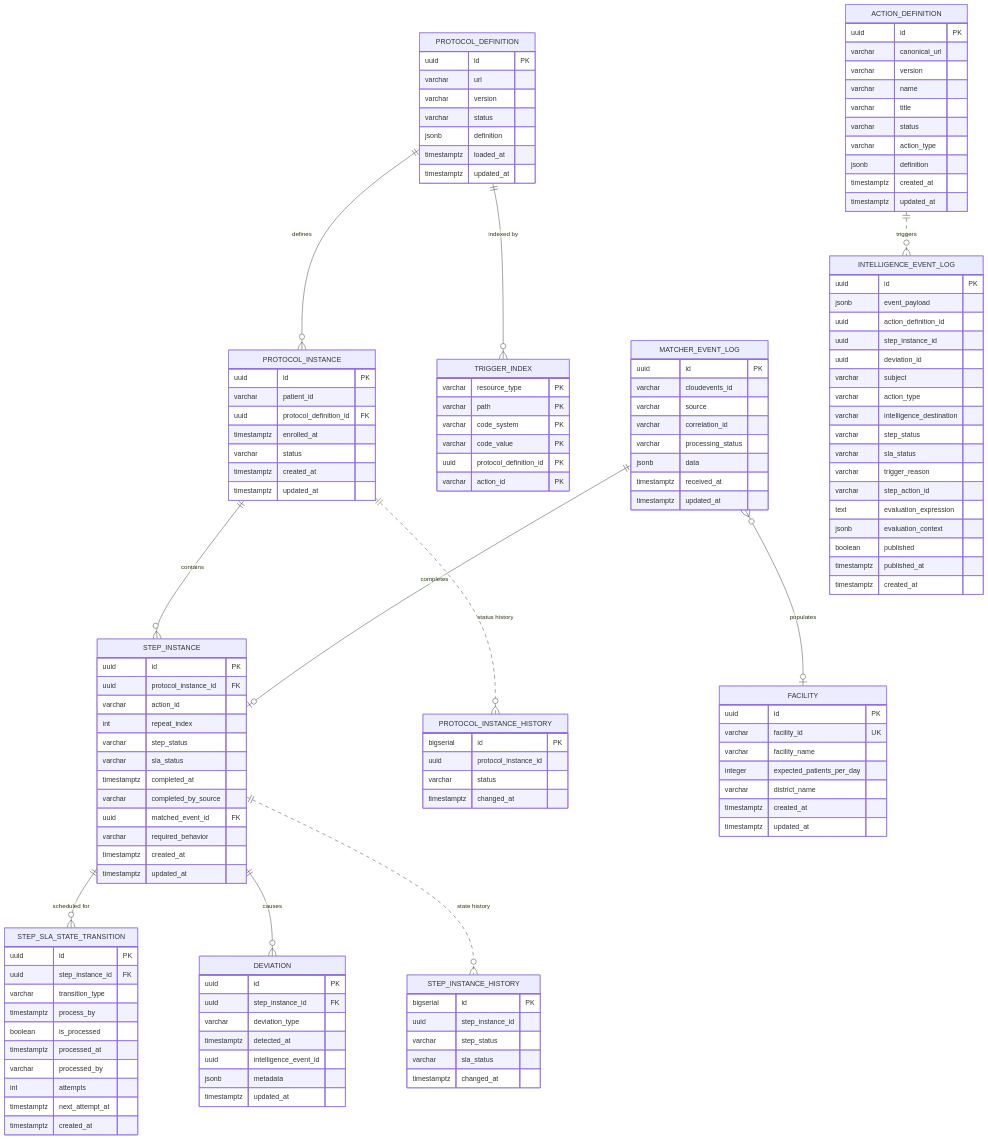
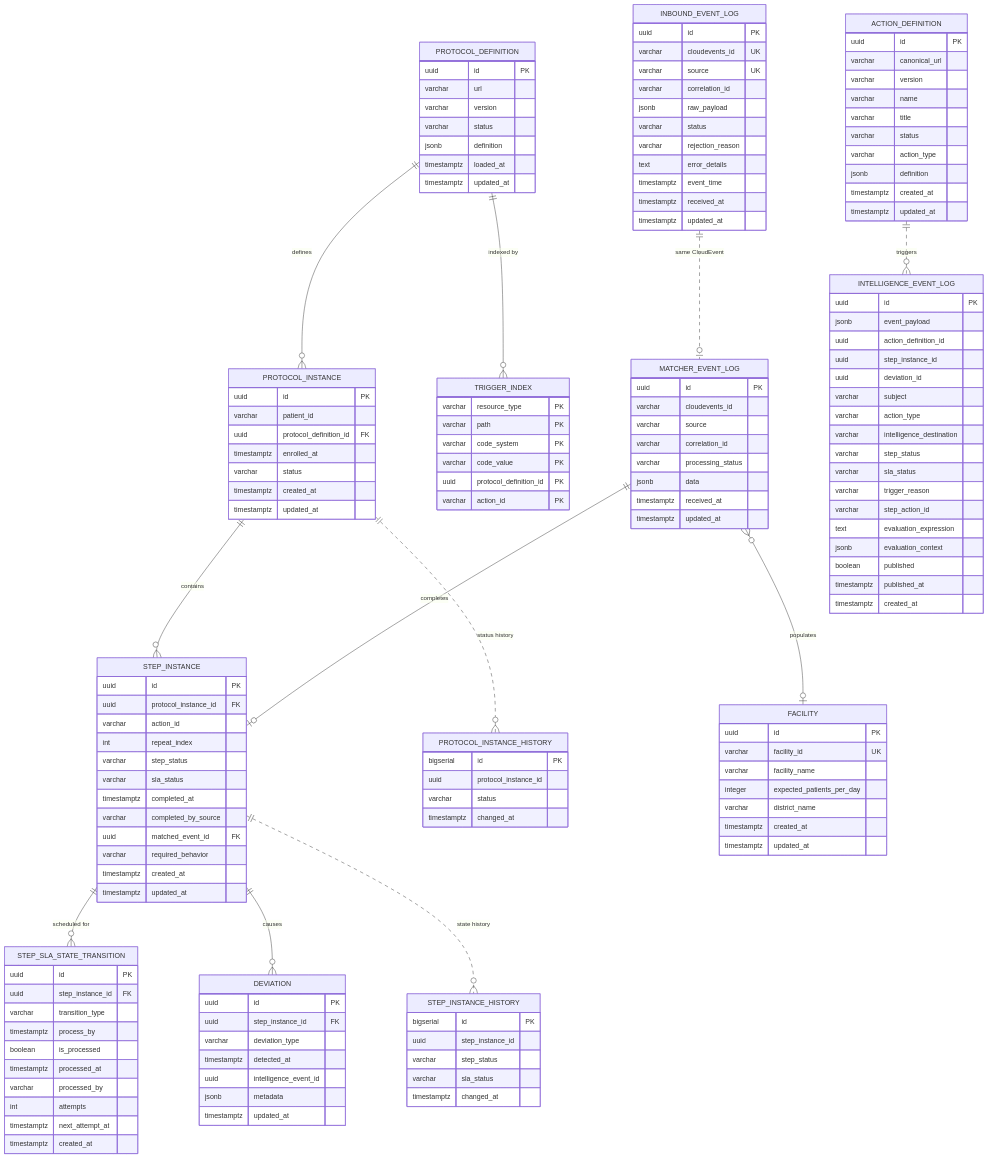
The diagram in docs/data-dictionary.md (Jayaprakash8887/cce-common-util), drawn with Mermaid before and after one commit. The commit also changed other lines of this file, not shown here.

```diff
--- a/docs/data-dictionary.md
+++ b/docs/data-dictionary.md
@@ -59,6 +60,7 @@
     MATCHER_EVENT_LOG ||--o| STEP_INSTANCE : "completes"
     ACTION_DEFINITION ||..o{ INTELLIGENCE_EVENT_LOG : "triggers"
     MATCHER_EVENT_LOG }o--o| FACILITY : "populates"
+    INBOUND_EVENT_LOG ||..o| MATCHER_EVENT_LOG : "same CloudEvent"
 
     PROTOCOL_DEFINITION {
         uuid id PK
@@ -125,6 +127,20 @@
         varchar code_value PK
         uuid protocol_definition_id PK
         varchar action_id PK
+    }
+
+    INBOUND_EVENT_LOG {
+        uuid id PK
+        varchar cloudevents_id UK
+        varchar source UK
+        varchar correlation_id
+        jsonb raw_payload
+        varchar status
+        varchar rejection_reason
+        text error_details
+        timestamptz event_time
+        timestamptz received_at
+        timestamptz updated_at
     }
 
     MATCHER_EVENT_LOG {
```
